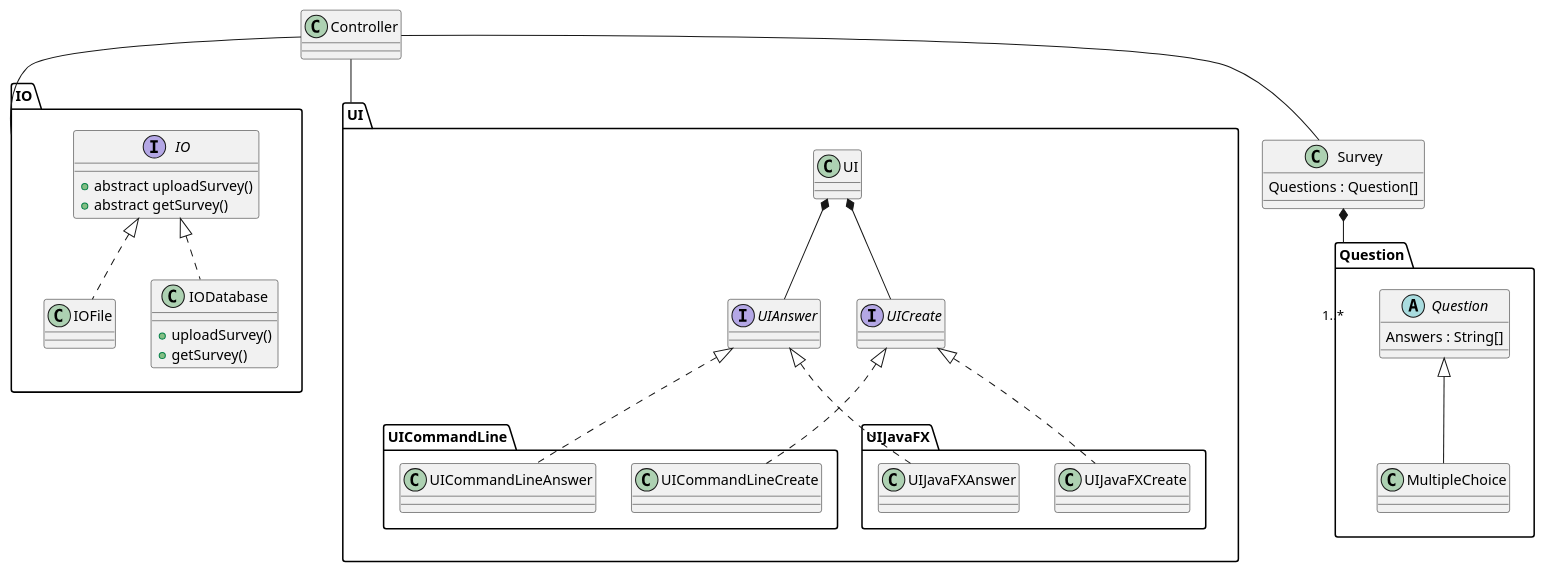
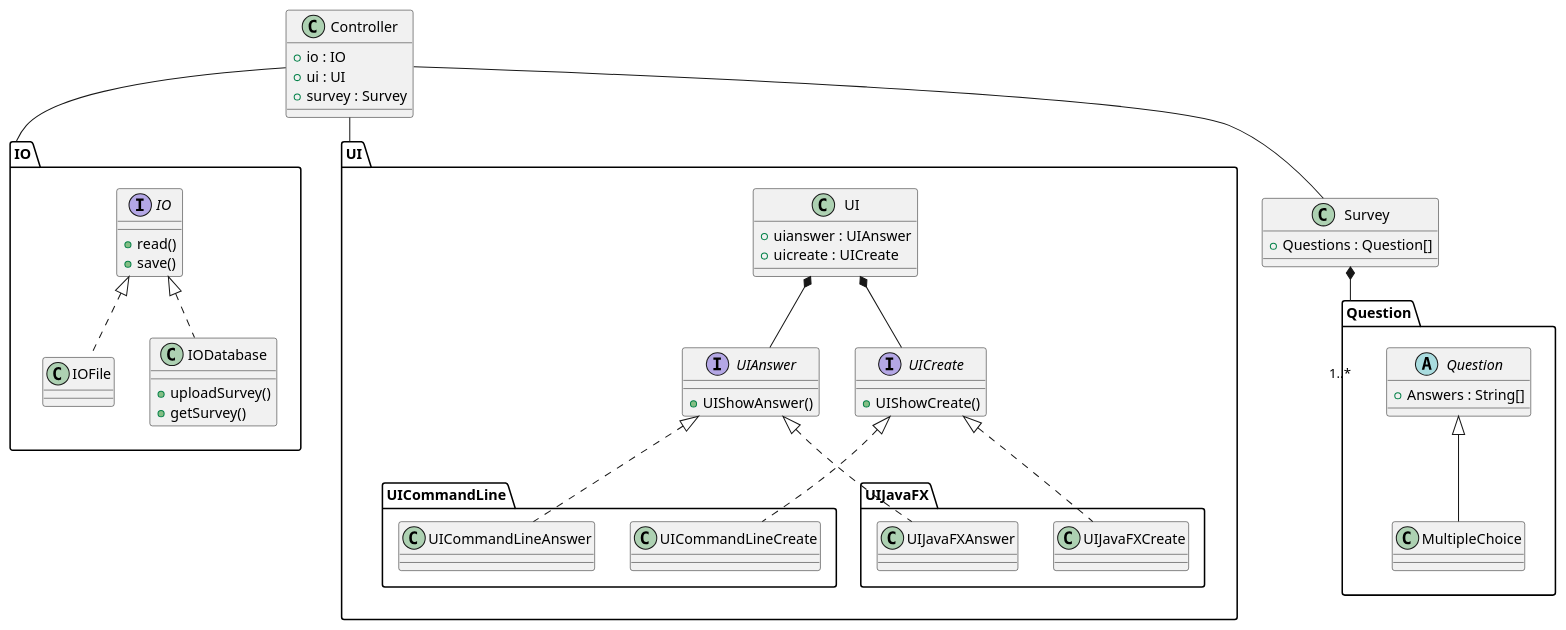
Before and after one commit to DeRp-DaWg/SP4: the diagram in doc/Class Diagram.puml, drawn with PlantUML.

Commit message:
Documentation

```diff
--- a/doc/Class Diagram.puml
+++ b/doc/Class Diagram.puml
@@ -1,82 +1,89 @@
 @startuml
 'https://plantuml.com/class-diagram
 
 package Question {
     abstract class Question {
-        Answers : String[]
+        + Answers : String[]
     }
 
     class MultipleChoice {
     }
 
     'class CheckboxChoice {'
     '}'
 
     Question <|-- MultipleChoice
     'Question <|-- CheckboxChoice'
 }
 
 class Survey {
-    Questions : Question[]
+    + Questions : Question[]
 }
 
 Survey *--"1..*" Question
 
 
 package IO {
     interface IO {
-        +abstract uploadSurvey()
-        +abstract getSurvey()
+        + read()
+        + save()
     }
 
     class IOFile {
     }
 
     class IODatabase {
-        +uploadSurvey()
-        +getSurvey()
+        + uploadSurvey()
+        + getSurvey()
     }
 
     IO <|.. IOFile
     IO <|.. IODatabase
 }
 
 package UI {
     class UI {
+        + uianswer : UIAnswer
+        + uicreate : UICreate
     }
 
     interface UIAnswer {
+        + UIShowAnswer()
     }
 
     interface UICreate {
+        + UIShowCreate()
     }
 
     UI *-- UIAnswer
     UI *-- UICreate
     package UICommandLine {
         class UICommandLineAnswer {
         }
         class UICommandLineCreate {
         }
     }
     package UIJavaFX {
         class UIJavaFXAnswer {
         }
         class UIJavaFXCreate {
         }
     }
     UIAnswer <|.. UICommandLineAnswer
     UIAnswer <|.. UIJavaFXAnswer
     UICreate <|.. UICommandLineCreate
     UICreate <|.. UIJavaFXCreate
 }
 
 class Controller {
+    + io : IO
+    + ui : UI
+    + survey : Survey
 }
 
 Controller -- Survey
 Controller -- IO
 Controller -- UI
 
 
 @enduml
```
